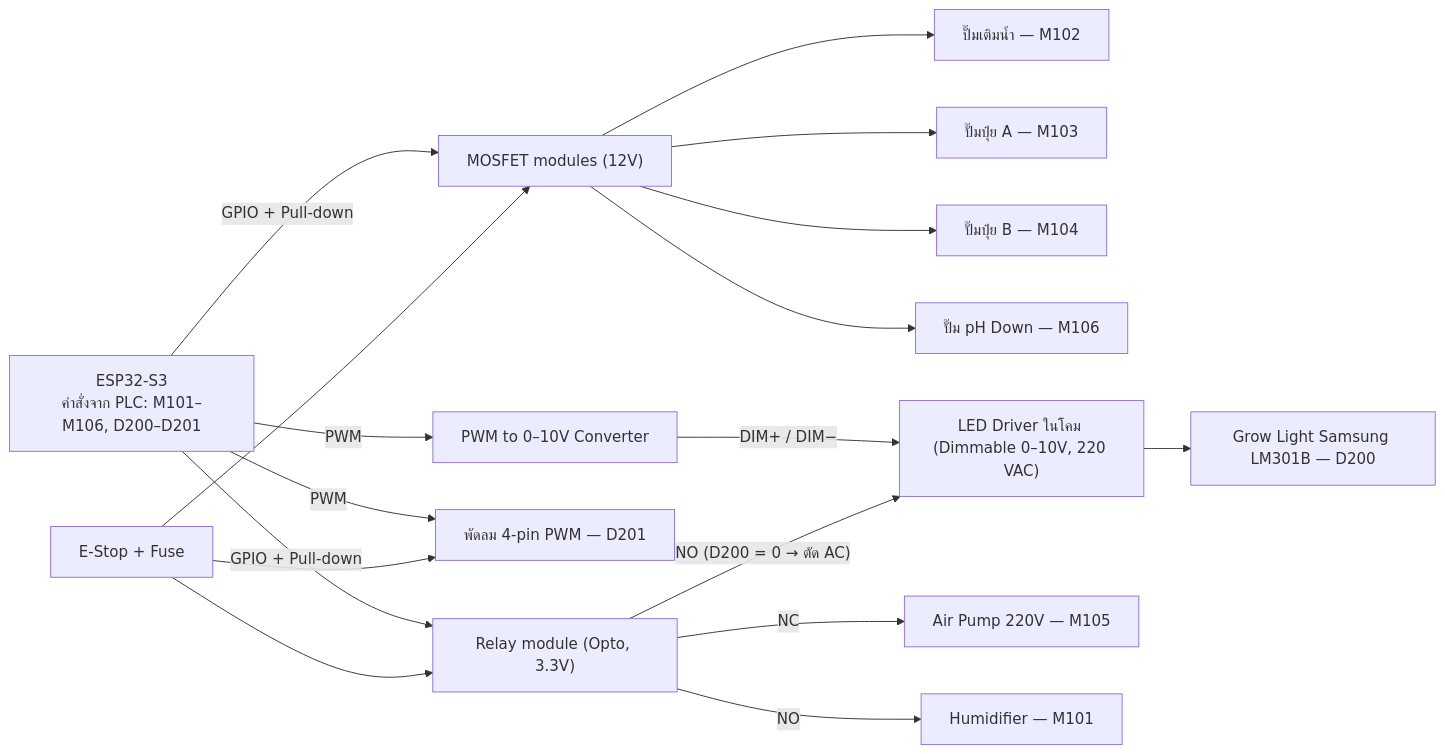
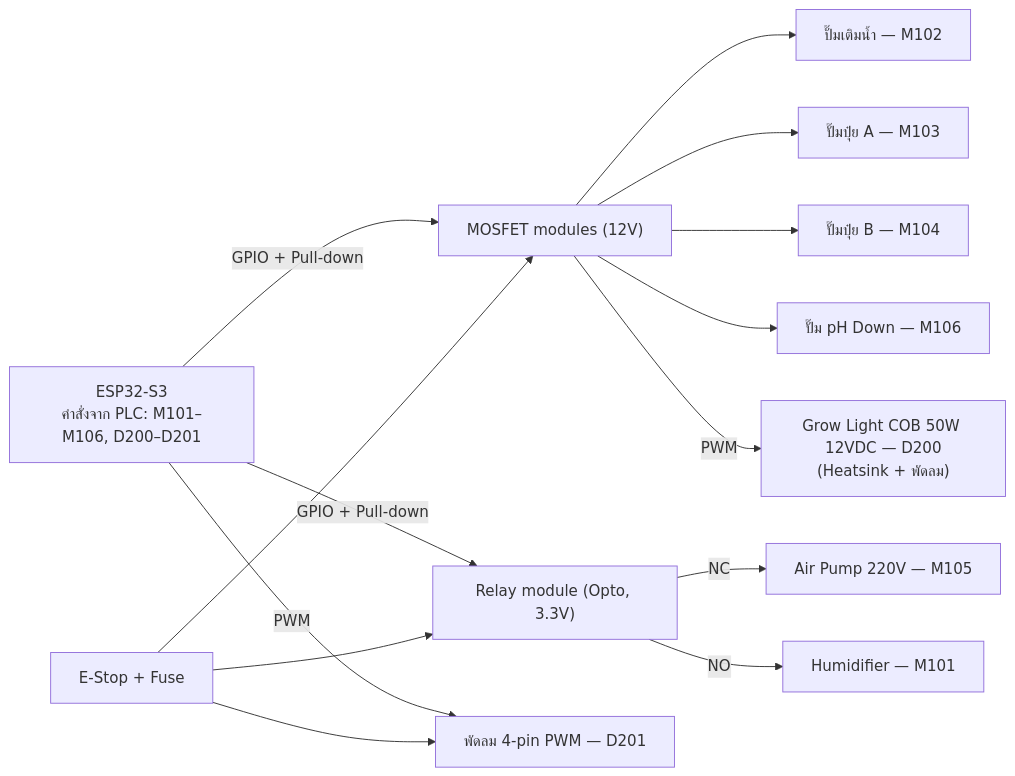
The third of 4 diagrams in docs/HARDWARE-FLOW.md (aplab-workshop/green-oak-plant-lab), drawn with Mermaid before and after one commit. The commit also changed other lines of this file and 2 other files, not shown here.

Commit message:
docs(hw): grow light back to 12 V - 50 W COB on a logic-level MOSFET (PWM)

````diff
--- a/docs/HARDWARE-FLOW.md
+++ b/docs/HARDWARE-FLOW.md
@@ -68,24 +68,21 @@
 ```mermaid
 flowchart LR
     MCU["ESP32-S3<br/>คำสั่งจาก PLC: M101–M106, D200–D201"]
     FUSE["E-Stop + Fuse"]
 
     MCU -- "GPIO + Pull-down" --> MOS["MOSFET modules (12V)"]
     MCU -- "GPIO + Pull-down" --> REL["Relay module (Opto, 3.3V)"]
     MCU -- "PWM" --> FAN["พัดลม 4-pin PWM — D201"]
     FUSE --> MOS
     FUSE --> REL
     FUSE --> FAN
 
     MOS --> REFILL["ปั๊มเติมน้ำ — M102"]
     MOS --> NUTA["ปั๊มปุ๋ย A — M103"]
     MOS --> NUTB["ปั๊มปุ๋ย B — M104"]
     MOS --> PHD["ปั๊ม pH Down — M106"]
-    MCU -- "PWM" --> CONV["PWM to 0–10V Converter"]
-    CONV -- "DIM+ / DIM−" --> DRV["LED Driver ในโคม (Dimmable 0–10V, 220 VAC)"]
-    REL -- "NO (D200 = 0 → ตัด AC)" --> DRV
-    DRV --> LED["Grow Light Samsung LM301B — D200"]
+    MOS -- "PWM" --> LED["Grow Light COB 50W 12VDC — D200<br/>(Heatsink + พัดลม)"]
     REL -- "NC" --> AIR["Air Pump 220V — M105"]
     REL -- "NO" --> HUM["Humidifier — M101"]
 
 ```
````
